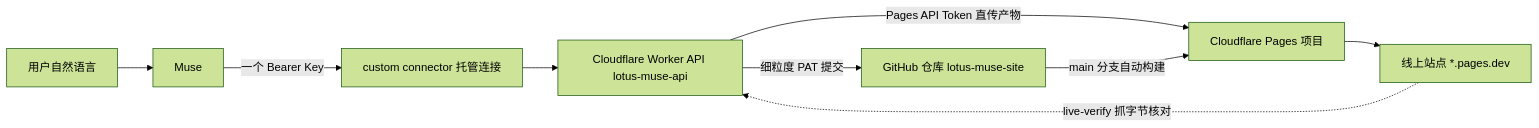
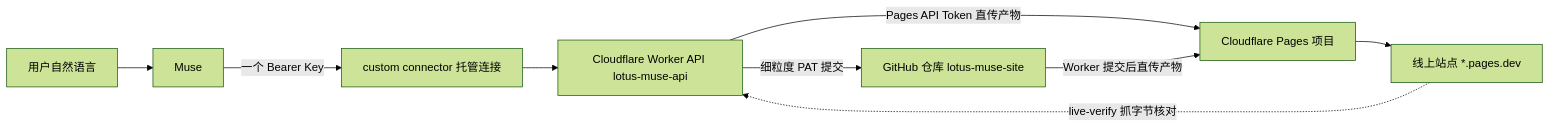
One commit to smartlotus/lotus-muse-site changed the diagram in docs/ARCHITECTURE.md. Above: the diagram before and after it, drawn with Mermaid (forest theme). The commit also changed 2 other files, not shown here.

Commit message:
docs: 改掉两处与实现不符的部署说法，并补模式 B 的判定与可移植性核查
- ARCHITECTURE：Pages 不是 Git 自动构建，是 Worker 提交后直传
- CONNECT-SETUP：push 不会让线上更新，给出真正的部署命令；并指向模式 B
- EVIDENCE：B15 可移植性核查、B16 口径对账（文档假话两处）

````diff
--- a/docs/ARCHITECTURE.md
+++ b/docs/ARCHITECTURE.md
@@ -7,11 +7,11 @@
 ```mermaid
 flowchart LR
   U[用户自然语言] --> M[Muse]
   M -->|一个 Bearer Key| CC[custom connector 托管连接]
   CC --> API[Cloudflare Worker API lotus-muse-api]
   API -->|细粒度 PAT 提交| GH[GitHub 仓库 lotus-muse-site]
   API -->|Pages API Token 直传产物| PG[Cloudflare Pages 项目]
-  GH -->|main 分支自动构建| PG
+  GH -->|Worker 提交后直传产物| PG
   PG --> LIVE[线上站点 *.pages.dev]
   LIVE -.->|live-verify 抓字节核对| API
 ```
````
